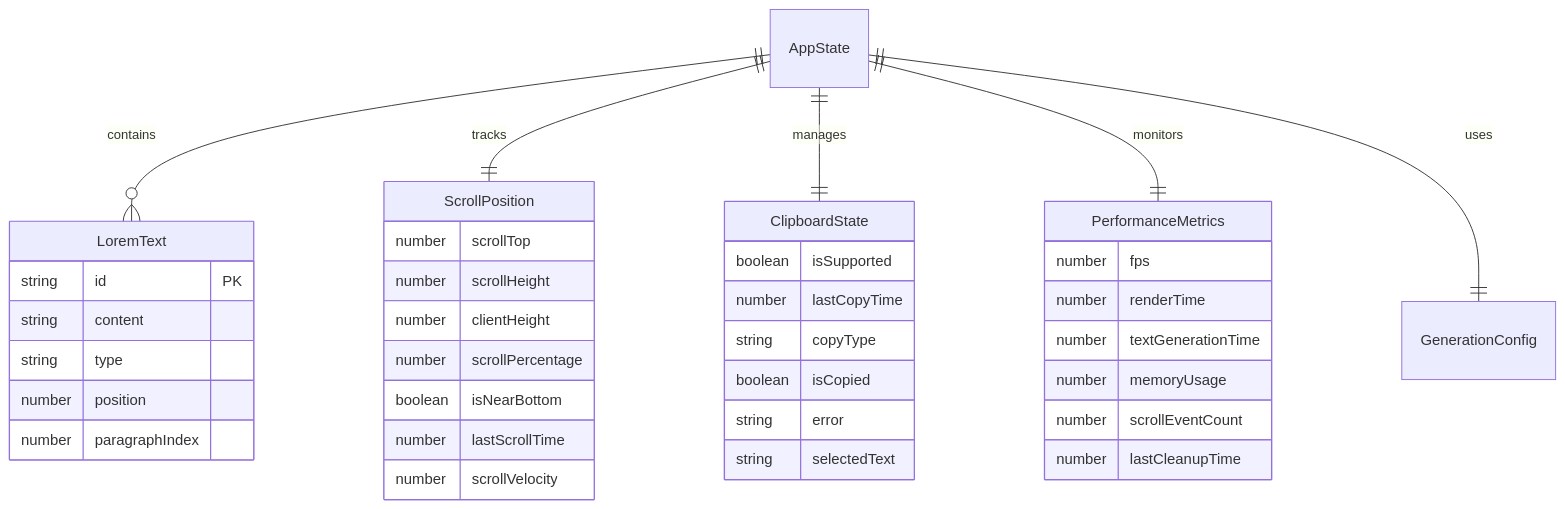
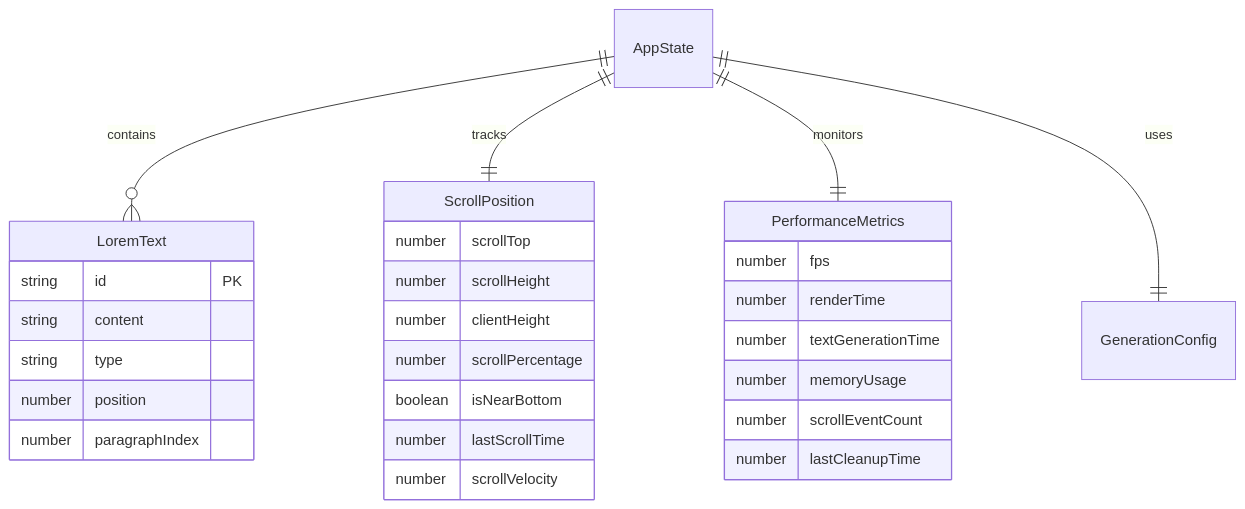
One commit to remarkablemark/lorem-ipsum changed the diagram in specs/001-lorem-ipsum/data-model.md. Above: the diagram before and after it, drawn with Mermaid. The commit also changed other lines of this file and 23 other files, not shown here.

Commit message:
chore: remove unused CopyButton and TextContainer

````diff
--- a/specs/001-lorem-ipsum/data-model.md
+++ b/specs/001-lorem-ipsum/data-model.md
@@ -117,44 +87,34 @@
 ```mermaid
 erDiagram
     AppState ||--o{ LoremText : contains
     AppState ||--|| ScrollPosition : tracks
-    AppState ||--|| ClipboardState : manages
     AppState ||--|| PerformanceMetrics : monitors
     AppState ||--|| GenerationConfig : uses
 
     LoremText {
         string id PK
         string content
         string type
         number position
         number paragraphIndex
     }
 
     ScrollPosition {
         number scrollTop
         number scrollHeight
         number clientHeight
         number scrollPercentage
         boolean isNearBottom
         number lastScrollTime
         number scrollVelocity
     }
 
-    ClipboardState {
-        boolean isSupported
-        number lastCopyTime
-        string copyType
-        boolean isCopied
-        string error
-        string selectedText
-    }
-
     PerformanceMetrics {
         number fps
         number renderTime
         number textGenerationTime
         number memoryUsage
         number scrollEventCount
         number lastCleanupTime
     }
 ```
````
